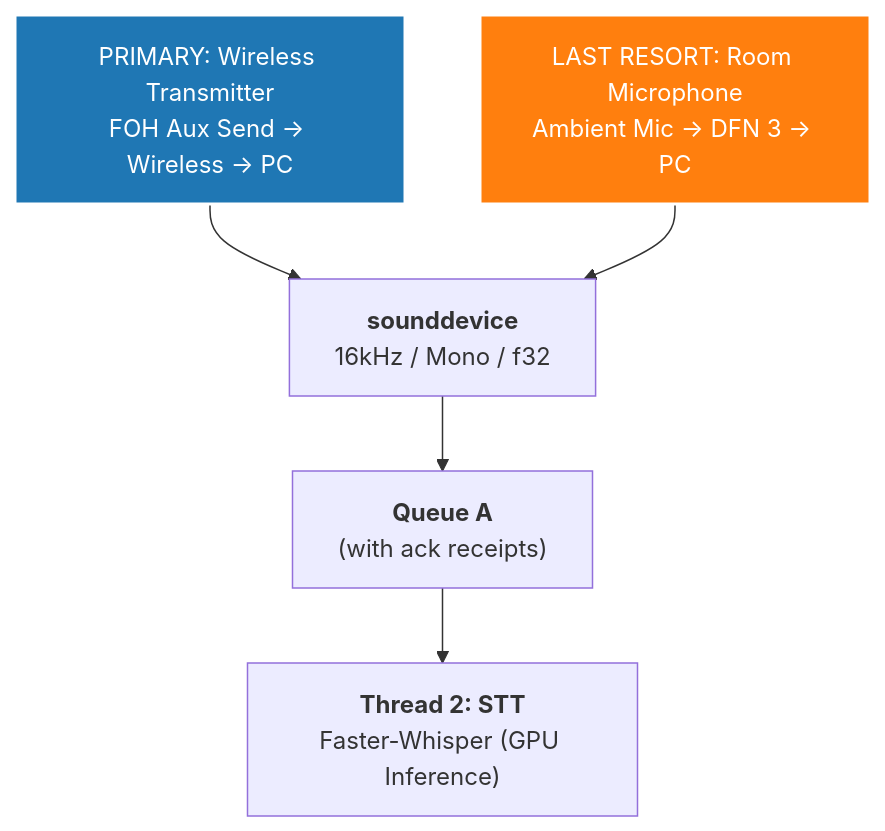
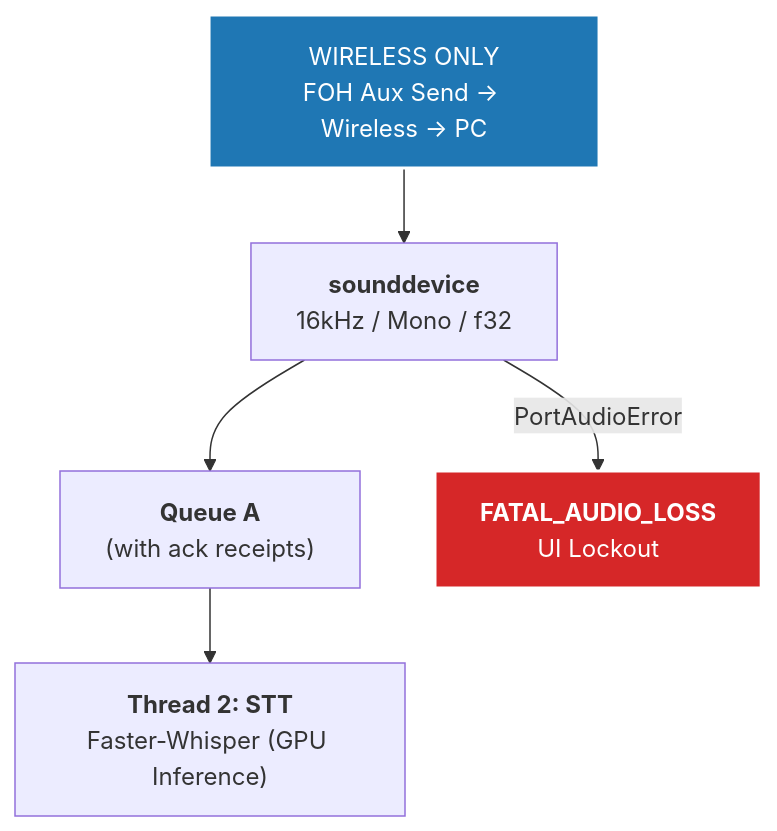
The diagram in docs/audio_ingestion.md (Kosher-T/still), drawn with Mermaid before and after one commit. The commit also changed other lines of this file and 7 other files, not shown here.

Commit message:
refactor: replace DFN 3 with mandatory wireless-only ingestion, formalize fatal error handling, and implement interactive session restoration logic.

````diff
--- a/docs/audio_ingestion.md
+++ b/docs/audio_ingestion.md
@@ -110,18 +113,18 @@
 ```mermaid
 graph TD
     classDef primary fill:#1f77b4,stroke:#fff,stroke-width:2px,color:#fff;
-    classDef fallback fill:#ff7f0e,stroke:#fff,stroke-width:2px,color:#fff;
+    classDef error fill:#d62728,stroke:#fff,stroke-width:2px,color:#fff;
 
-    FOH["PRIMARY: Wireless Transmitter<br>FOH Aux Send → Wireless → PC"]:::primary
-    RM["LAST RESORT: Room Microphone<br>Ambient Mic → DFN 3 → PC"]:::fallback
+    FOH["WIRELESS ONLY<br>FOH Aux Send → Wireless → PC"]:::primary
     
     SD["<b>sounddevice</b><br>16kHz / Mono / f32"]
     QA["<b>Queue A</b><br>(with ack receipts)"]
     T2["<b>Thread 2: STT</b><br>Faster-Whisper (GPU Inference)"]
+    FL["<b>FATAL_AUDIO_LOSS</b><br>UI Lockout"]:::error
 
     FOH --> SD
-    RM --> SD
+    SD -- "PortAudioError" --> FL
     
     SD --> QA
     QA --> T2
 ```
````
